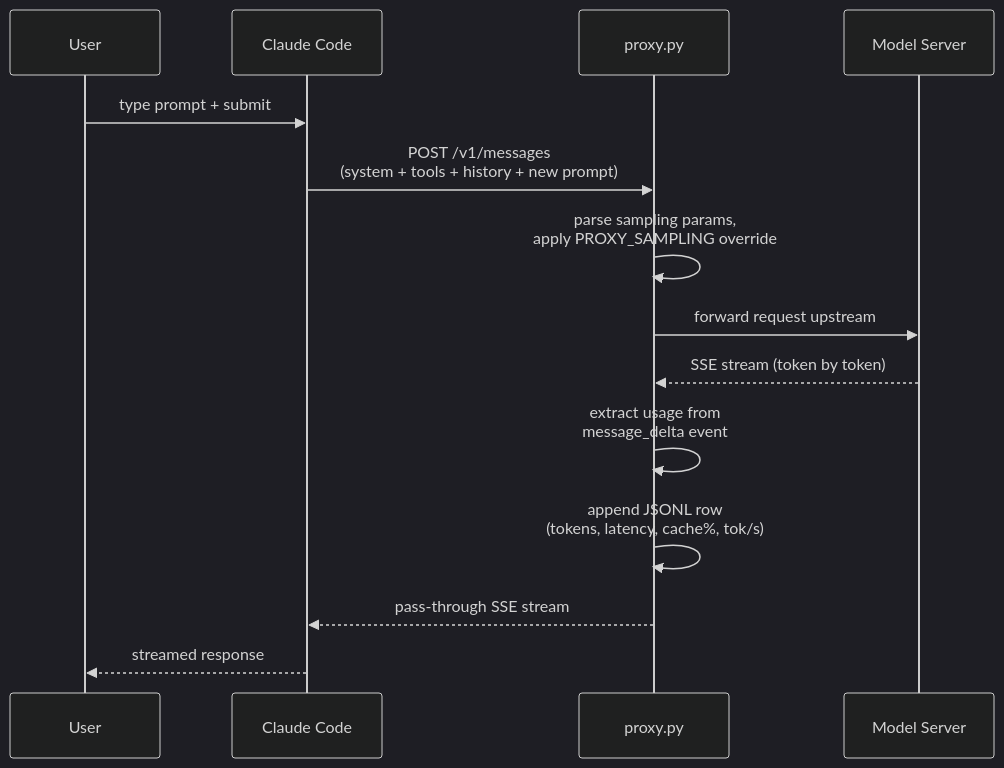
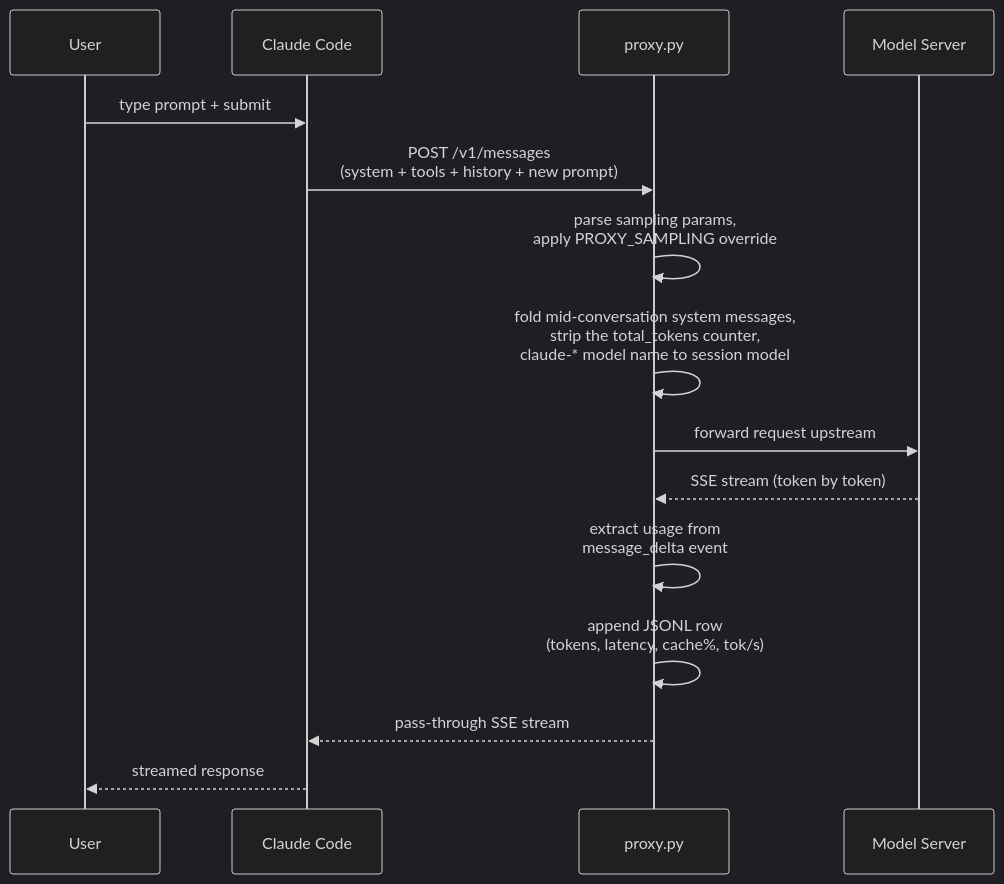
Before and after one commit to rogu3bear/claude-local: the second of 2 diagrams in docs/architecture.md, drawn with Mermaid (dark theme). The commit also changed other lines of this file and 30 other files, not shown here.

````diff
--- a/docs/architecture.md
+++ b/docs/architecture.md
@@ -52,17 +52,18 @@
 ```mermaid
 sequenceDiagram
     participant User
     participant Claude as Claude Code
     participant Proxy as proxy.py
     participant Server as Model Server
 
     User->>Claude: type prompt + submit
     Claude->>Proxy: POST /v1/messages<br/>(system + tools + history + new prompt)
     Proxy->>Proxy: parse sampling params,<br/>apply PROXY_SAMPLING override
+    Proxy->>Proxy: fold mid-conversation system messages,<br/>strip the total_tokens counter,<br/>claude-* model name to session model
     Proxy->>Server: forward request upstream
     Server-->>Proxy: SSE stream (token by token)
     Proxy->>Proxy: extract usage from<br/>message_delta event
     Proxy->>Proxy: append JSONL row<br/>(tokens, latency, cache%, tok/s)
     Proxy-->>Claude: pass-through SSE stream
     Claude-->>User: streamed response
 ```
````
